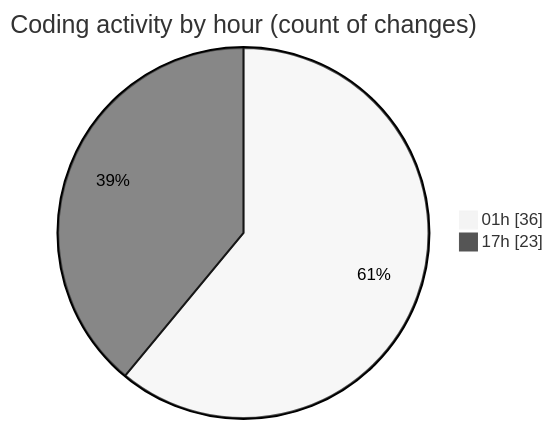
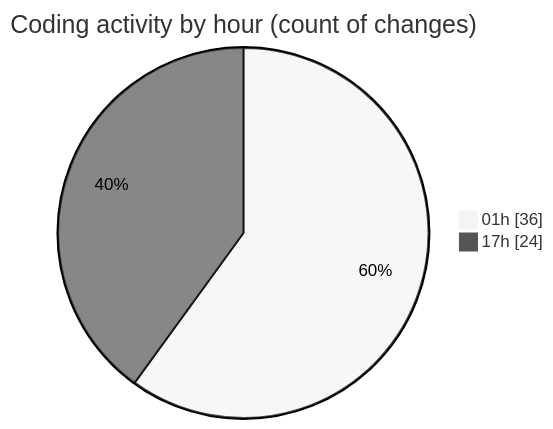
One commit to lephambinh05/code-tracking changed the second of 2 diagrams in 2025-07-29/appproject/README.md. Above: the diagram before and after it, drawn with Mermaid (neutral theme). The commit also changed other lines of this file and 1 other file, not shown here.

````diff
--- a/2025-07-29/appproject/README.md
+++ b/2025-07-29/appproject/README.md
@@ -58,6 +58,6 @@
 ```mermaid
 pie showData
 title Coding activity by hour (count of changes)
 "01h" : 36
-"17h" : 23
+"17h" : 24
 ```
````
